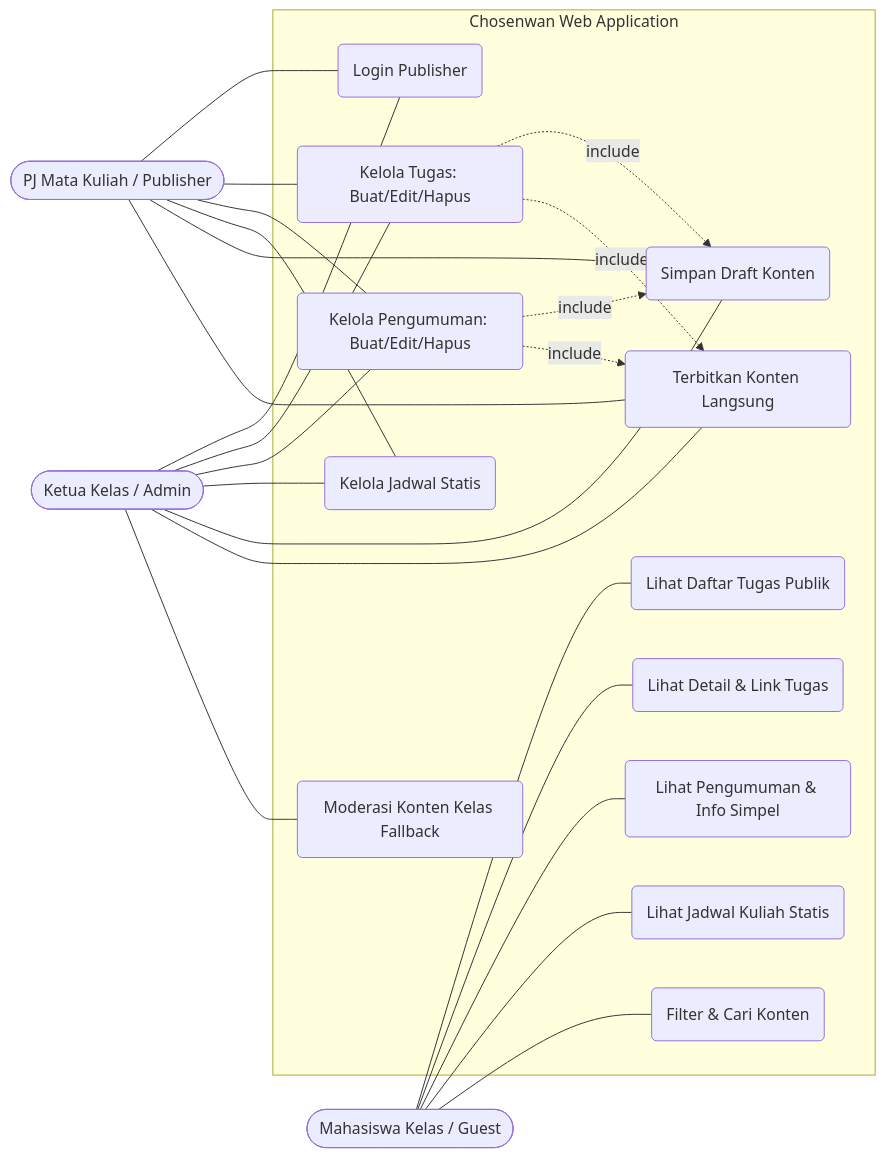
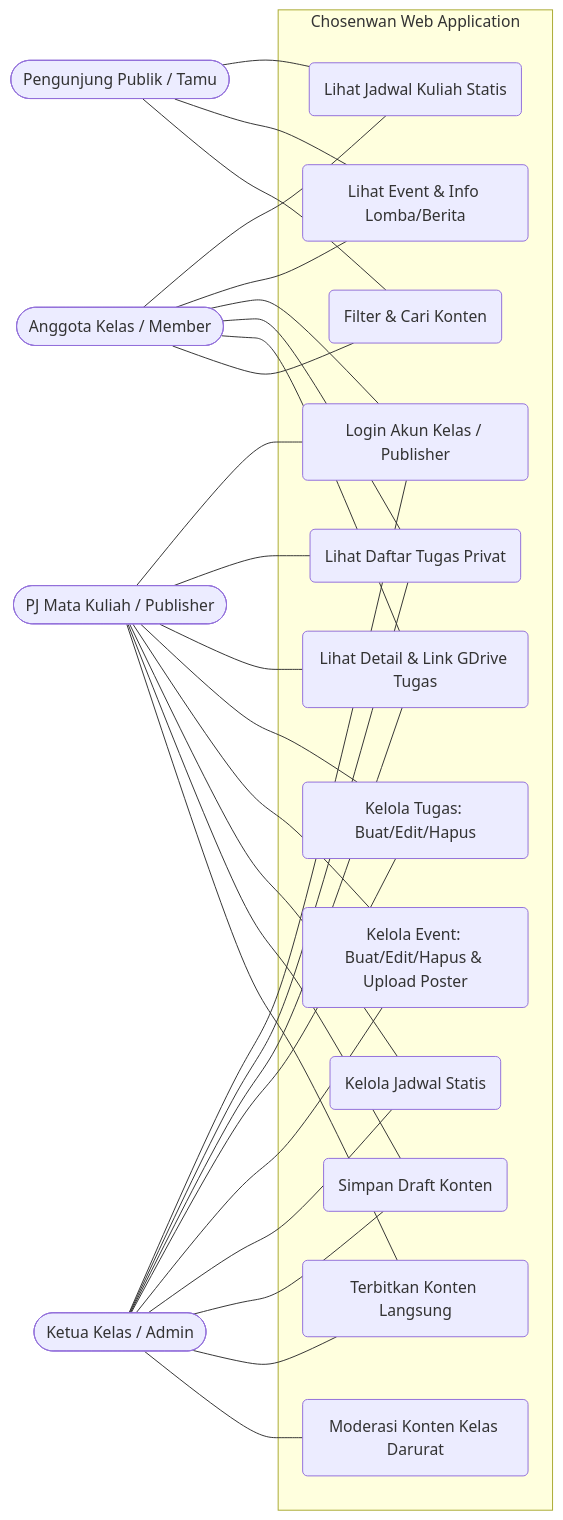
Before and after one commit to devilsduddee/chosenwan: the first of 7 diagrams in docs/06-spec.md, drawn with Mermaid. The commit also changed other lines of this file and 2 other files, not shown here.

Commit message:
docs: align scope, prd, and spec with updated ERD and gated tasks

````diff
--- a/docs/06-spec.md
+++ b/docs/06-spec.md
@@ -59,47 +62,52 @@
 ```mermaid
 flowchart LR
-    Guest([Mahasiswa Kelas / Guest])
+    Guest([Pengunjung Publik / Tamu])
+    Member([Anggota Kelas / Member])
     PJ([PJ Mata Kuliah / Publisher])
     Ketua([Ketua Kelas / Admin])
 
     subgraph SYS["Chosenwan Web Application"]
-        UC1(Lihat Daftar Tugas Publik)
-        UC2(Lihat Detail & Link Tugas)
-        UC3(Lihat Pengumuman & Info Simpel)
-        UC4(Lihat Jadwal Kuliah Statis)
-        UC5(Filter & Cari Konten)
-        UC6(Login Publisher)
+        UC1(Lihat Jadwal Kuliah Statis)
+        UC2(Lihat Event & Info Lomba/Berita)
+        UC3(Login Akun Kelas / Publisher)
+        UC4(Lihat Daftar Tugas Privat)
+        UC5(Lihat Detail & Link GDrive Tugas)
+        UC6(Filter & Cari Konten)
         UC7(Kelola Tugas: Buat/Edit/Hapus)
-        UC8(Kelola Pengumuman: Buat/Edit/Hapus)
+        UC8(Kelola Event: Buat/Edit/Hapus & Upload Poster)
         UC9(Kelola Jadwal Statis)
         UC10(Simpan Draft Konten)
         UC11(Terbitkan Konten Langsung)
-        UC12(Moderasi Konten Kelas Fallback)
+        UC12(Moderasi Konten Kelas Darurat)
     end
 
     Guest --- UC1
     Guest --- UC2
-    Guest --- UC3
-    Guest --- UC4
-    Guest --- UC5
+    Guest --- UC6
 
-    PJ --- UC6
+    Member --- UC1
+    Member --- UC2
+    Member --- UC3
+    Member --- UC4
+    Member --- UC5
+    Member --- UC6
+
+    PJ --- UC3
+    PJ --- UC4
+    PJ --- UC5
     PJ --- UC7
     PJ --- UC8
     PJ --- UC9
     PJ --- UC10
     PJ --- UC11
 
-    Ketua --- UC6
+    Ketua --- UC3
+    Ketua --- UC4
+    Ketua --- UC5
     Ketua --- UC7
     Ketua --- UC8
     Ketua --- UC9
     Ketua --- UC10
     Ketua --- UC11
     Ketua --- UC12
-
-    UC7 -. include .-> UC10
-    UC7 -. include .-> UC11
-    UC8 -. include .-> UC10
-    UC8 -. include .-> UC11
 ```
````
